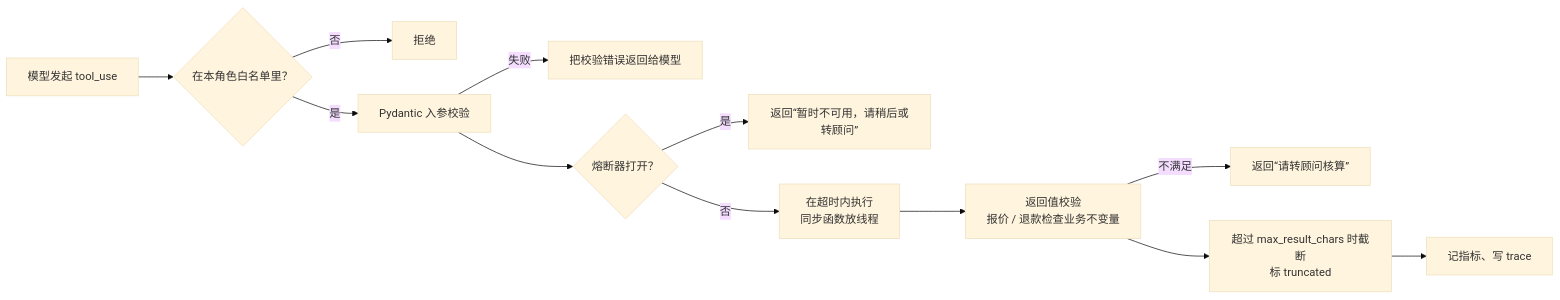
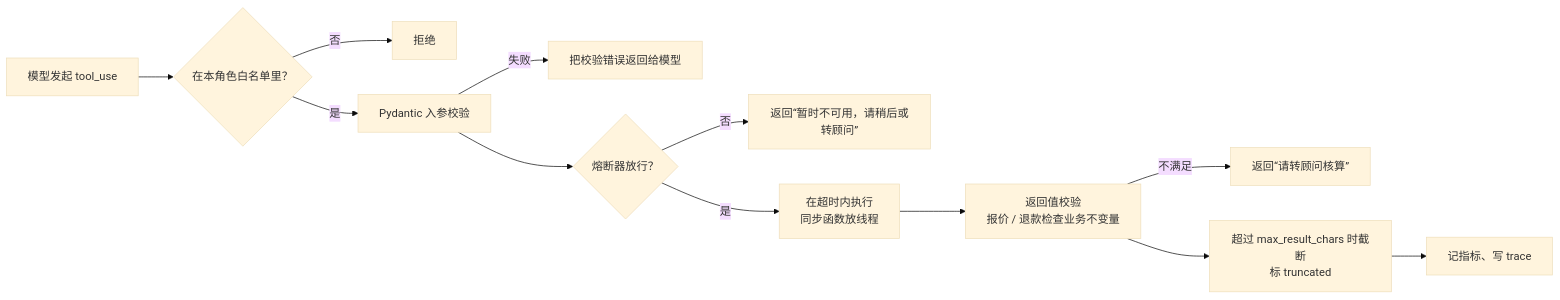
Before and after one commit to 44sunsetsf/GoEuroOps: diagram 14 of 16 in docs/ARCHITECTURE.md, drawn with Mermaid (base theme). The commit also changed other lines of this file and 21 other files, not shown here.

````diff
--- a/docs/ARCHITECTURE.md
+++ b/docs/ARCHITECTURE.md
@@ -498,14 +500,14 @@
 ```mermaid
 flowchart LR
     a[模型发起 tool_use] --> b{在本角色白名单里？}
     b -->|否| x1[拒绝]
     b -->|是| c[Pydantic 入参校验]
     c -->|失败| x2[把校验错误返回给模型]
-    c --> d{熔断器打开？}
-    d -->|是| x3["返回“暂时不可用，请稍后或转顾问”"]
-    d -->|否| e["在超时内执行<br/>同步函数放线程"]
+    c --> d{熔断器放行？}
+    d -->|否| x3["返回“暂时不可用，请稍后或转顾问”"]
+    d -->|是| e["在超时内执行<br/>同步函数放线程"]
     e --> f["返回值校验<br/>报价 / 退款检查业务不变量"]
     f -->|不满足| x4[返回“请转顾问核算”]
     f --> g["超过 max_result_chars 时截断<br/>标 truncated"]
     g --> h[记指标、写 trace]
 ```
````
